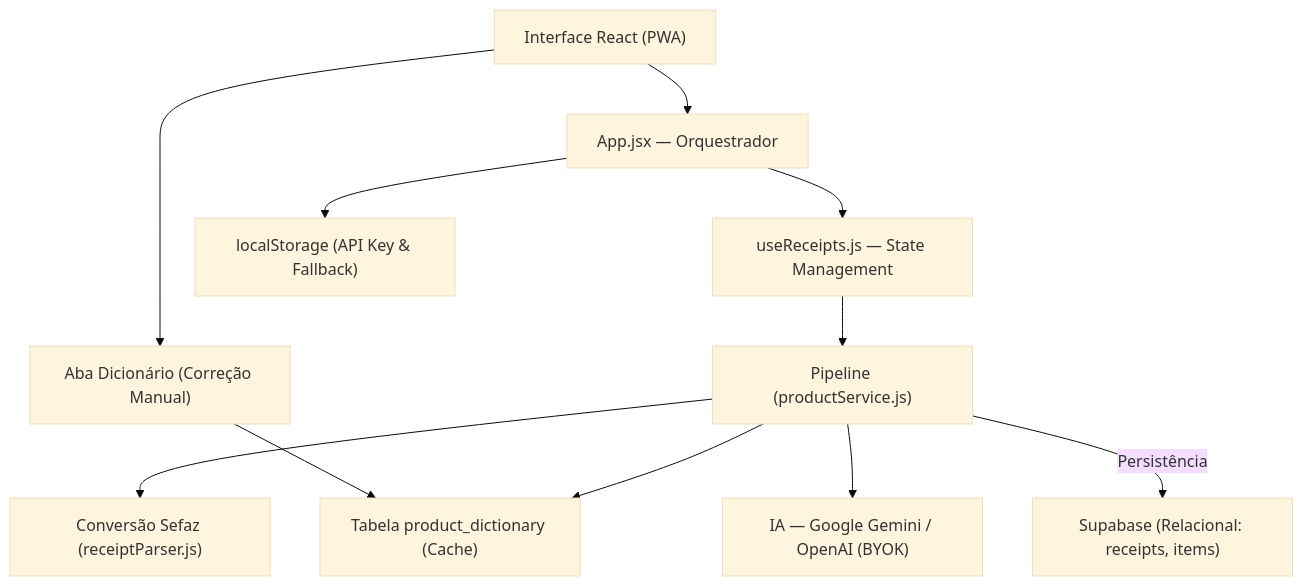
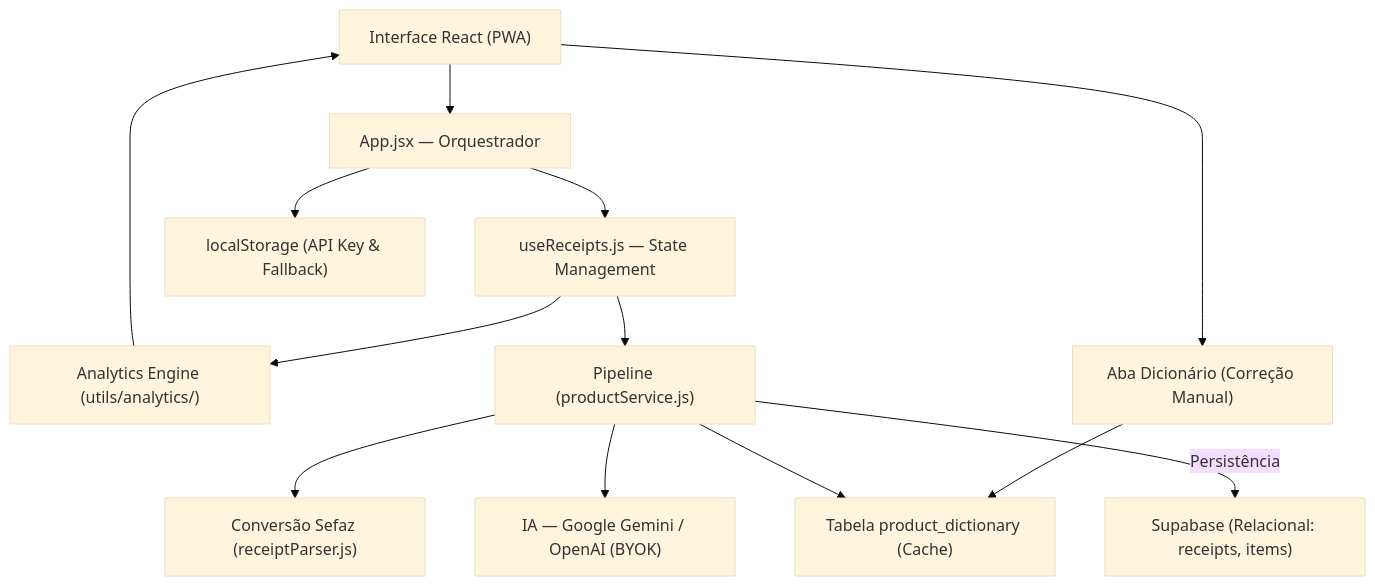
Before and after one commit to Bosguega/my_mercado: the first of 2 diagrams in ARCHITECTURE.md, drawn with Mermaid (base theme). The commit also changed other lines of this file and 8 other files, not shown here.

First line of the commit message:
feat(analytics): add analytics engine for data processing

````diff
--- a/ARCHITECTURE.md
+++ b/ARCHITECTURE.md
@@ -38,24 +38,27 @@
 ```mermaid
 graph TD
     UI["Interface React (PWA)"]
     App["App.jsx — Orquestrador"]
     Hook["useReceipts.js — State Management"]
+    Analytics["Analytics Engine (utils/analytics/)"]
     Pipeline["Pipeline (productService.js)"]
     Services["Conversão Sefaz (receiptParser.js)"]
     AI["IA — Google Gemini / OpenAI (BYOK)"]
     DictionaryTab["Aba Dicionário (Correção Manual)"]
     Dictionary["Tabela product_dictionary (Cache)"]
     Supabase["Supabase (Relacional: receipts, items)"]
     LocalStorage["localStorage (API Key & Fallback)"]
 
     UI --> App
     App --> Hook
+    Hook --> Analytics
+    Analytics --> UI
     Hook --> Pipeline
     UI --> DictionaryTab
     DictionaryTab --> Dictionary
     Pipeline --> Services
     Pipeline --> Dictionary
     Pipeline --> AI
     App --> LocalStorage
     Pipeline -- "Persistência" --> Supabase
 ```
````
